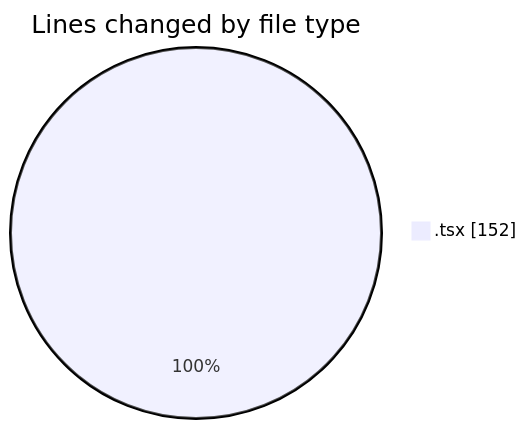
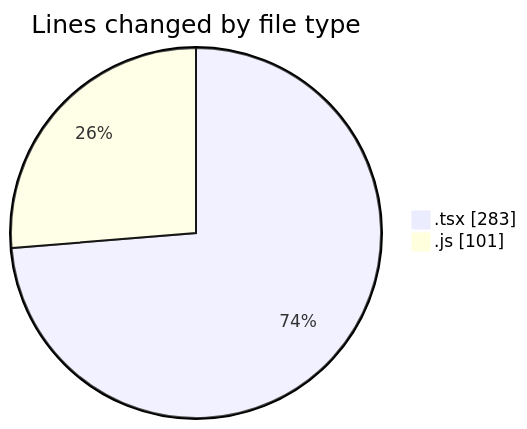
One commit to momahboobian/code-tracking changed the first of 2 diagrams in 2026-01-22/cda-web-components/README.md. Above: the diagram before and after it, drawn with Mermaid. The commit also changed other lines of this file and 1 other file, not shown here.

````diff
--- a/2026-01-22/cda-web-components/README.md
+++ b/2026-01-22/cda-web-components/README.md
@@ -20,5 +22,6 @@
 ```mermaid
 pie showData
 title Lines changed by file type
-".tsx" : 152
+".tsx" : 283
+".js" : 101
 ```
````
